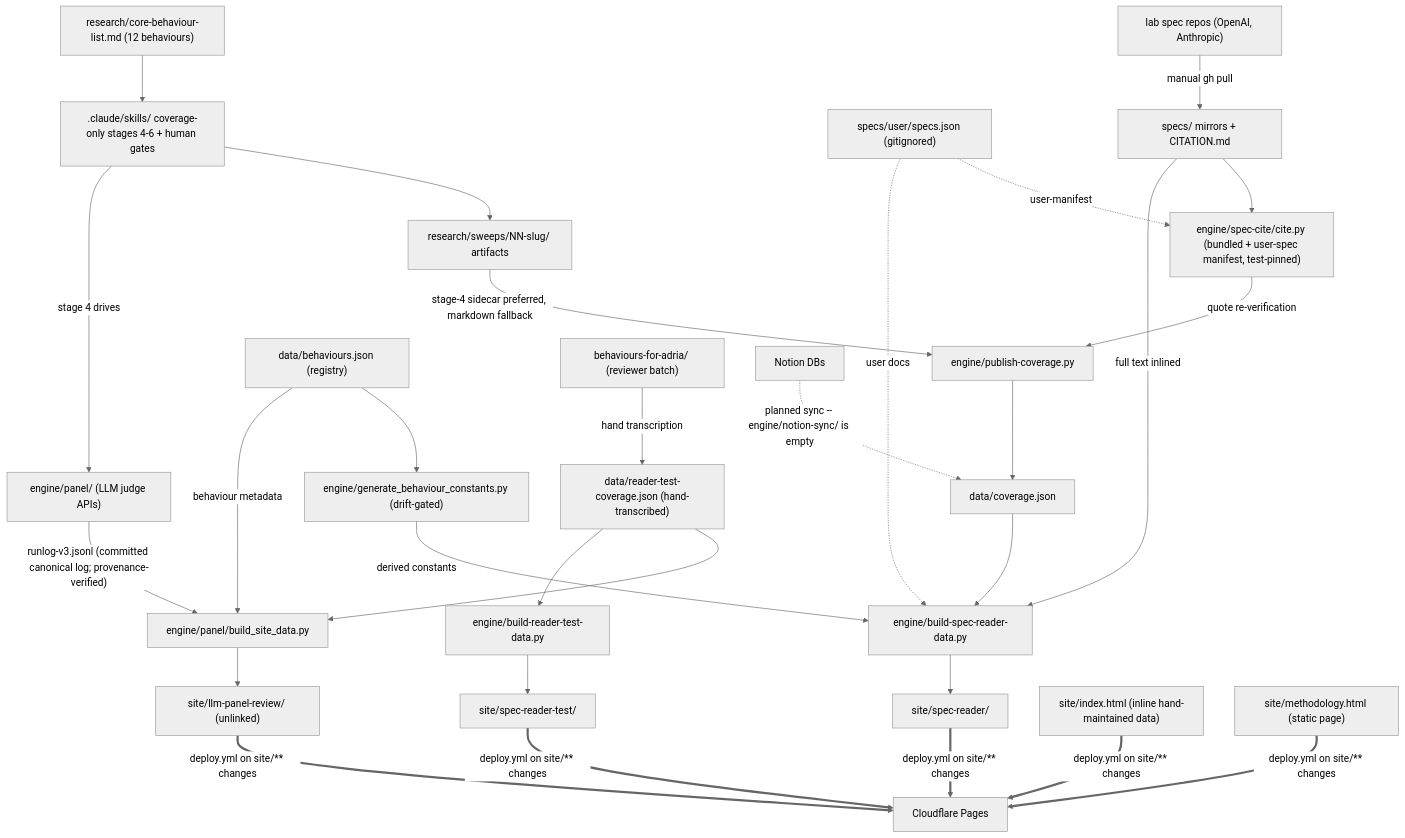
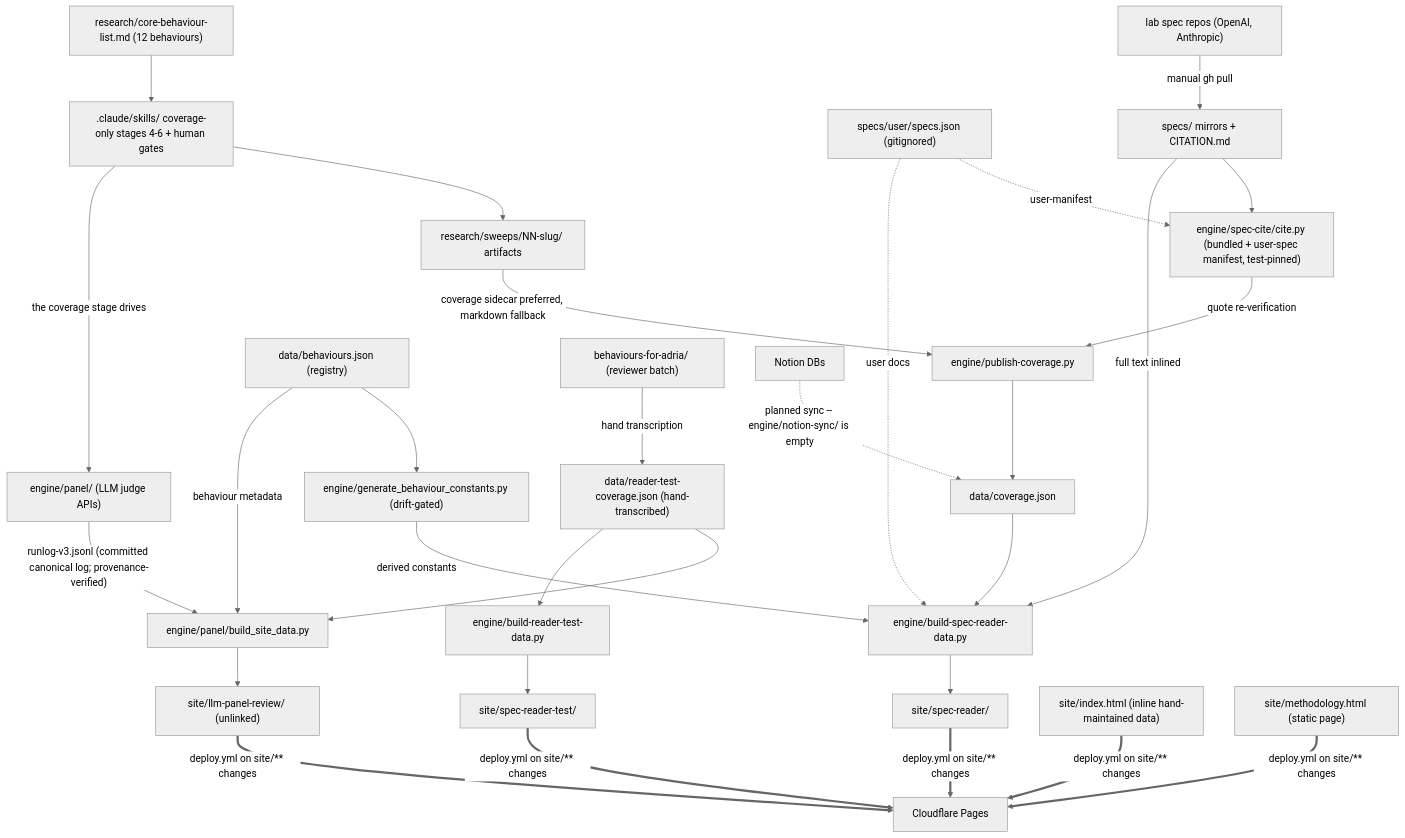
Before and after one commit to AndresCotton/ai-character-index: the diagram in SYSTEM.md, drawn with Mermaid (neutral theme). The commit also changed other lines of this file and 36 other files, not shown here.

````diff
--- a/SYSTEM.md
+++ b/SYSTEM.md
@@ -13,29 +13,29 @@
 ```mermaid
 graph TB
   upstream["lab spec repos (OpenAI, Anthropic)"] -->|"manual gh pull"| specs["specs/ mirrors + CITATION.md"]
   specs --> cite["engine/spec-cite/cite.py (bundled + user-spec manifest, test-pinned)"]
   um["specs/user/specs.json (gitignored)"] -.->|user-manifest| cite
   core["research/core-behaviour-list.md (12 behaviours)"] --> skills[".claude/skills/ coverage-only stages 4-6 + human gates"]
   skills --> sweeps["research/sweeps/NN-slug/ artifacts"]
-  skills -->|"stage 4 drives"| panel["engine/panel/ (LLM judge APIs)"]
-  sweeps -->|"stage-4 sidecar preferred, markdown fallback"| pub["engine/publish-coverage.py"]
+  skills -->|"the coverage stage drives"| panel["engine/panel/ (LLM judge APIs)"]
+  sweeps -->|"coverage sidecar preferred, markdown fallback"| pub["engine/publish-coverage.py"]
   cite -->|"quote re-verification"| pub
   pub --> cov["data/coverage.json"]
   panel -->|"runlog-v3.jsonl (committed canonical log; provenance-verified)"| bsd["engine/panel/build_site_data.py"]
   reg["data/behaviours.json (registry)"] --> gbc["engine/generate_behaviour_constants.py (drift-gated)"]
   reg -->|behaviour metadata| bsd
   gbc -->|derived constants| bsr
   rtc["data/reader-test-coverage.json (hand-transcribed)"] --> bsd
   rtc --> brt["engine/build-reader-test-data.py"]
   cov --> bsr["engine/build-spec-reader-data.py"]
   um -.->|user docs| bsr
   specs -->|"full text inlined"| bsr
   bsr --> reader["site/spec-reader/"]
   brt --> bench["site/spec-reader-test/"]
   bsd --> panelview["site/llm-panel-review/ (unlinked)"]
   adria["behaviours-for-adria/ (reviewer batch)"] -->|"hand transcription"| rtc
   proto["site/index.html (inline hand-maintained data)"]
   meth["site/methodology.html (static page)"]
   reader & bench & panelview & proto & meth ==>|"deploy.yml on site/** changes"| cf["Cloudflare Pages"]
   notion["Notion DBs"] -.->|"planned sync -- engine/notion-sync/ is empty"| cov
 ```
````
